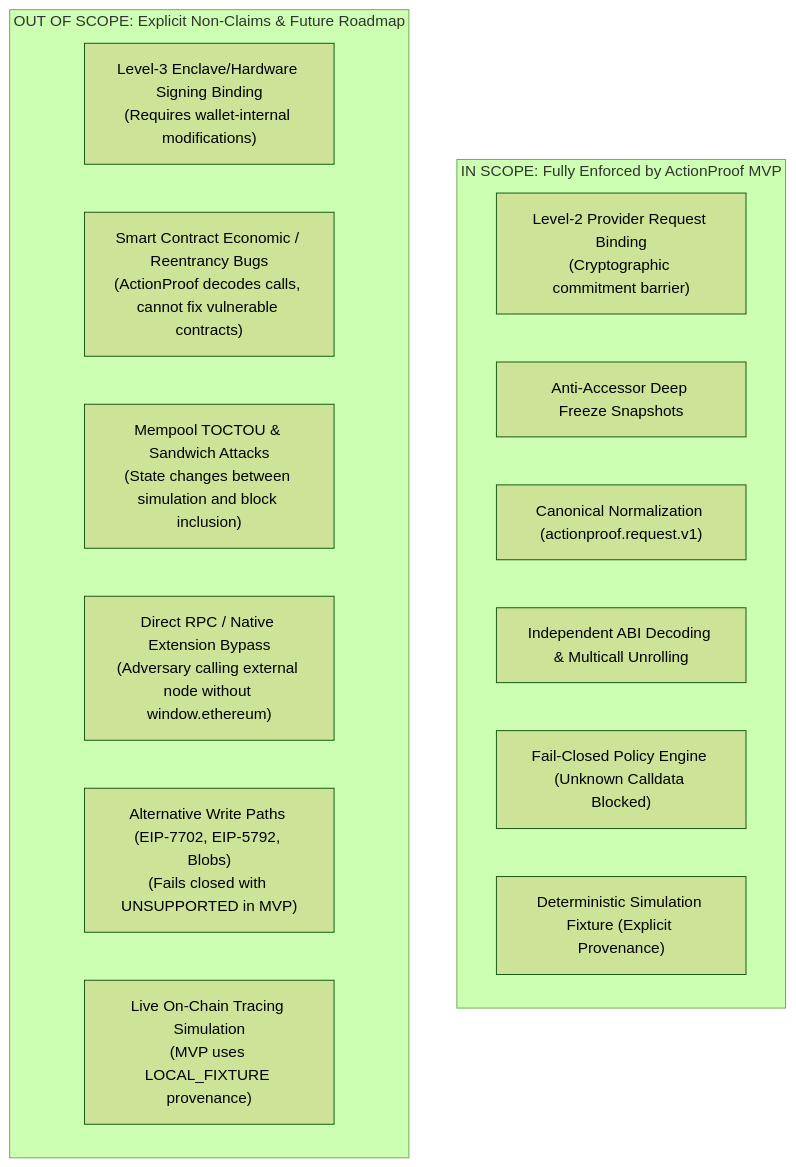
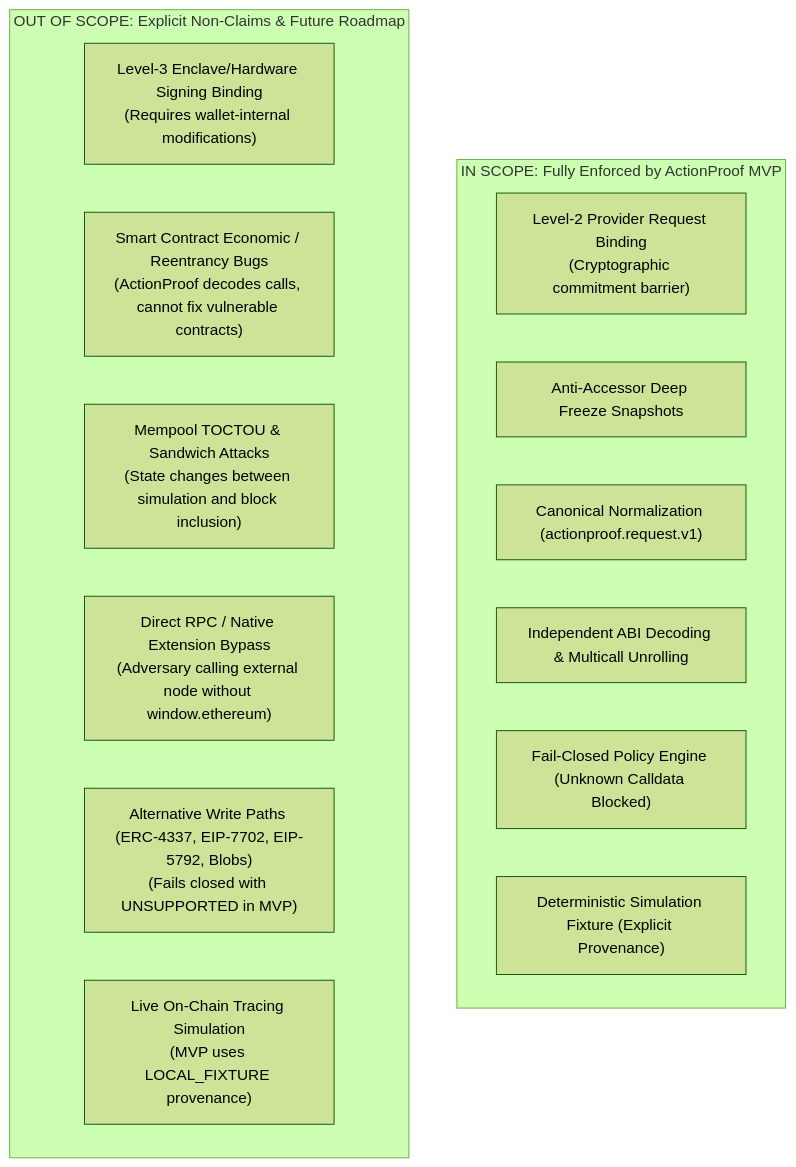
The sixth of 6 diagrams in README.md (Abhi010903/ActionProofETR), drawn with Mermaid (forest theme) before and after one commit. The commit also changed other lines of this file and 43 other files, not shown here.

````diff
--- a/README.md
+++ b/README.md
@@ -477,20 +518,20 @@
 ```mermaid
 flowchart TD
     subgraph IN SCOPE: Fully Enforced by ActionProof MVP
         L2["Level-2 Provider Request Binding<br/>(Cryptographic commitment barrier)"]
         Snap["Anti-Accessor Deep Freeze Snapshots"]
         Canon["Canonical Normalization (actionproof.request.v1)"]
         Dec["Independent ABI Decoding & Multicall Unrolling"]
         FailClose["Fail-Closed Policy Engine (Unknown Calldata Blocked)"]
         Fixture["Deterministic Simulation Fixture (Explicit Provenance)"]
     end
 
     subgraph OUT OF SCOPE: Explicit Non-Claims & Future Roadmap
         L3["Level-3 Enclave/Hardware Signing Binding<br/>(Requires wallet-internal modifications)"]
         SmartBug["Smart Contract Economic / Reentrancy Bugs<br/>(ActionProof decodes calls, cannot fix vulnerable contracts)"]
         SimTOCTOU["Mempool TOCTOU & Sandwich Attacks<br/>(State changes between simulation and block inclusion)"]
         DirectBypass["Direct RPC / Native Extension Bypass<br/>(Adversary calling external node without window.ethereum)"]
-        AltWrites["Alternative Write Paths (EIP-7702, EIP-5792, Blobs)<br/>(Fails closed with UNSUPPORTED in MVP)"]
+        AltWrites["Alternative Write Paths (ERC-4337, EIP-7702, EIP-5792, Blobs)<br/>(Fails closed with UNSUPPORTED in MVP)"]
         LiveRPC["Live On-Chain Tracing Simulation<br/>(MVP uses LOCAL_FIXTURE provenance)"]
     end
 ```
````
